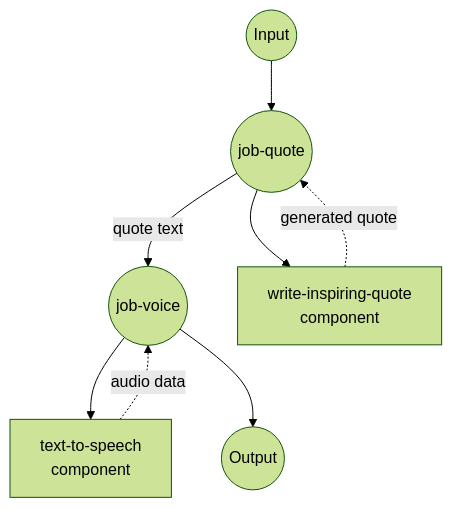
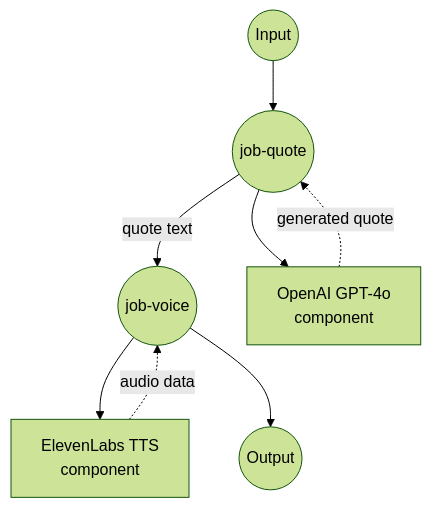
One commit to hanyeol/model-compose changed the diagram in examples/make-inspiring-quote-voice/README.md. Above: the diagram before and after it, drawn with Mermaid (forest theme). The commit also changed 21 other files, not shown here.

````diff
--- a/examples/make-inspiring-quote-voice/README.md
+++ b/examples/make-inspiring-quote-voice/README.md
@@ -119,23 +119,23 @@
 ```mermaid
 graph TD
     %% Jobs (circles)
     J1((job-quote))
     J2((job-voice))
 
     %% Components (rectangles)
-    C1[write-inspiring-quote<br/>component]
-    C2[text-to-speech<br/>component]
+    C1[OpenAI GPT-4o<br/>component]
+    C2[ElevenLabs TTS<br/>component]
 
     %% Job to component connections (solid: invokes, dotted: returns)
     J1 --> C1
     C1 -.-> |generated quote| J1
     J2 --> C2
     C2 -.-> |audio data| J2
 
     %% Job flow with dependencies
     J1 --> |quote text| J2
 
     %% Input/Output
     Input((Input)) --> J1
     J2 --> Output((Output))
 ```
````
